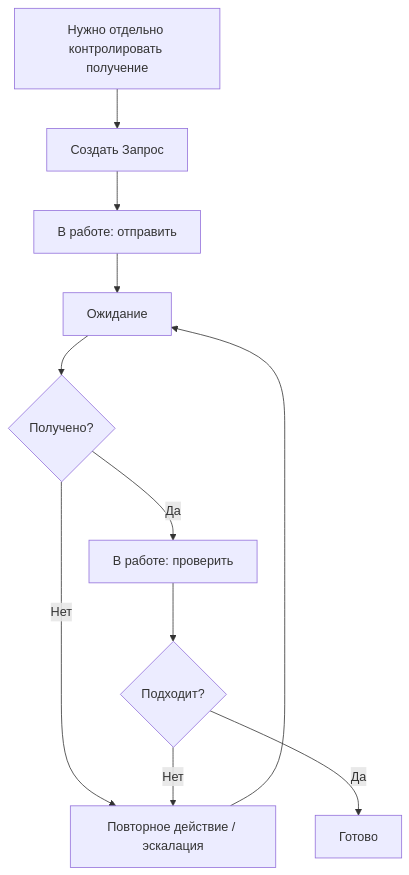
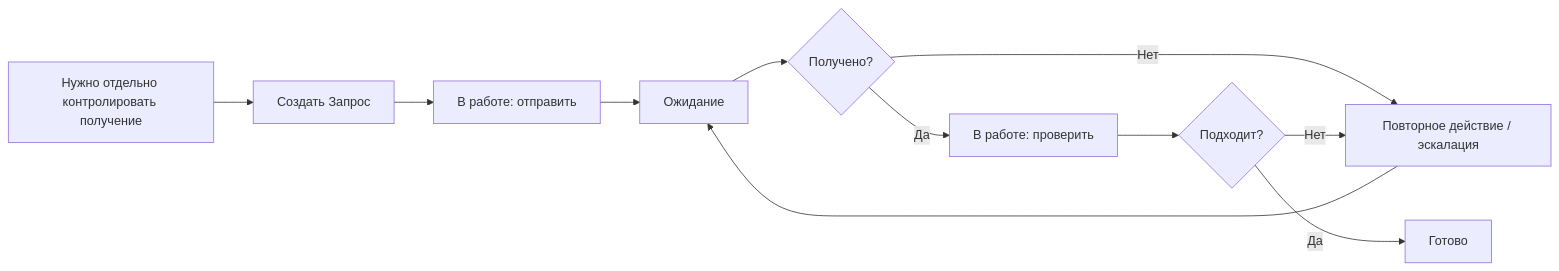
Before and after one commit to lazuale/department: the second of 2 diagrams in docs/02-scripts.md, drawn with Mermaid. The commit also changed other lines of this file and 8 other files, not shown here.

````diff
--- a/docs/02-scripts.md
+++ b/docs/02-scripts.md
@@ -90,13 +65,13 @@
 ```mermaid
-flowchart TD
+flowchart LR
     A[Нужно отдельно контролировать получение] --> B[Создать Запрос]
     B --> C[В работе: отправить]
     C --> D[Ожидание]
     D --> E{Получено?}
     E -- Нет --> F[Повторное действие / эскалация]
     F --> D
     E -- Да --> G[В работе: проверить]
     G --> H{Подходит?}
     H -- Нет --> F
     H -- Да --> I[Готово]
 ```
````
